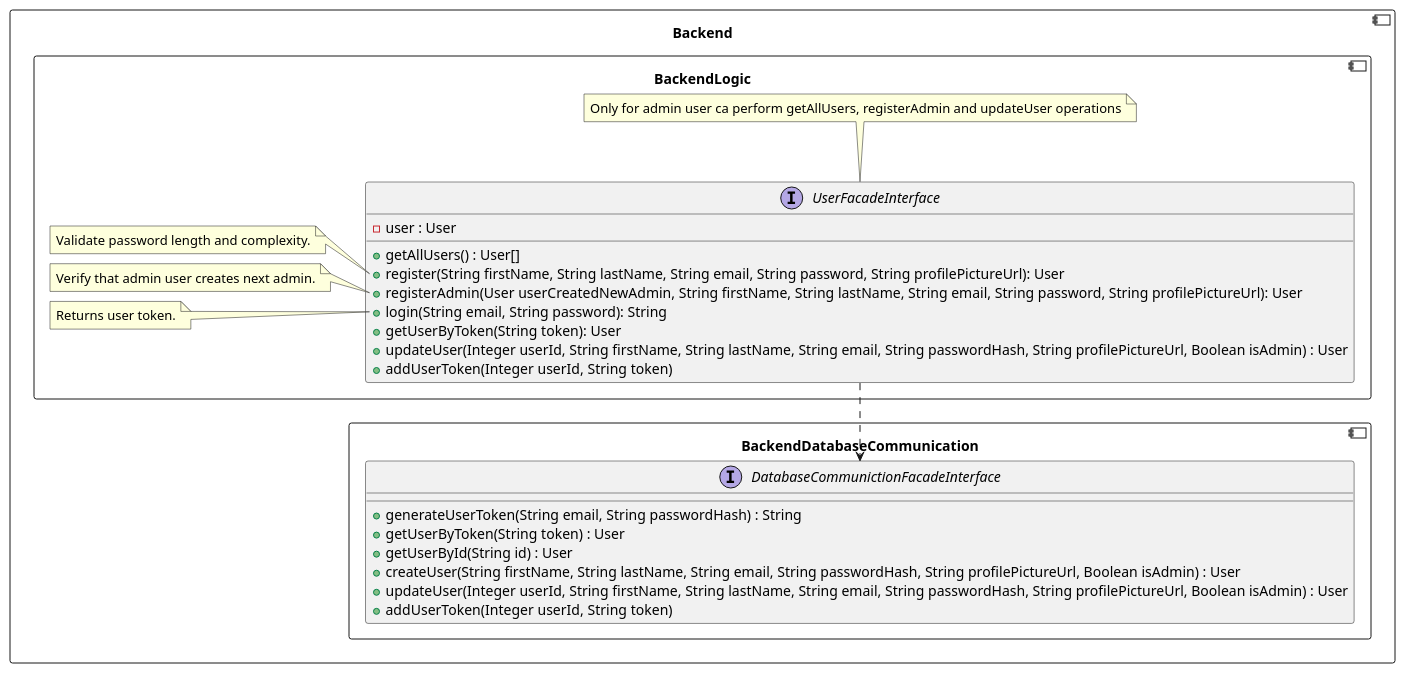
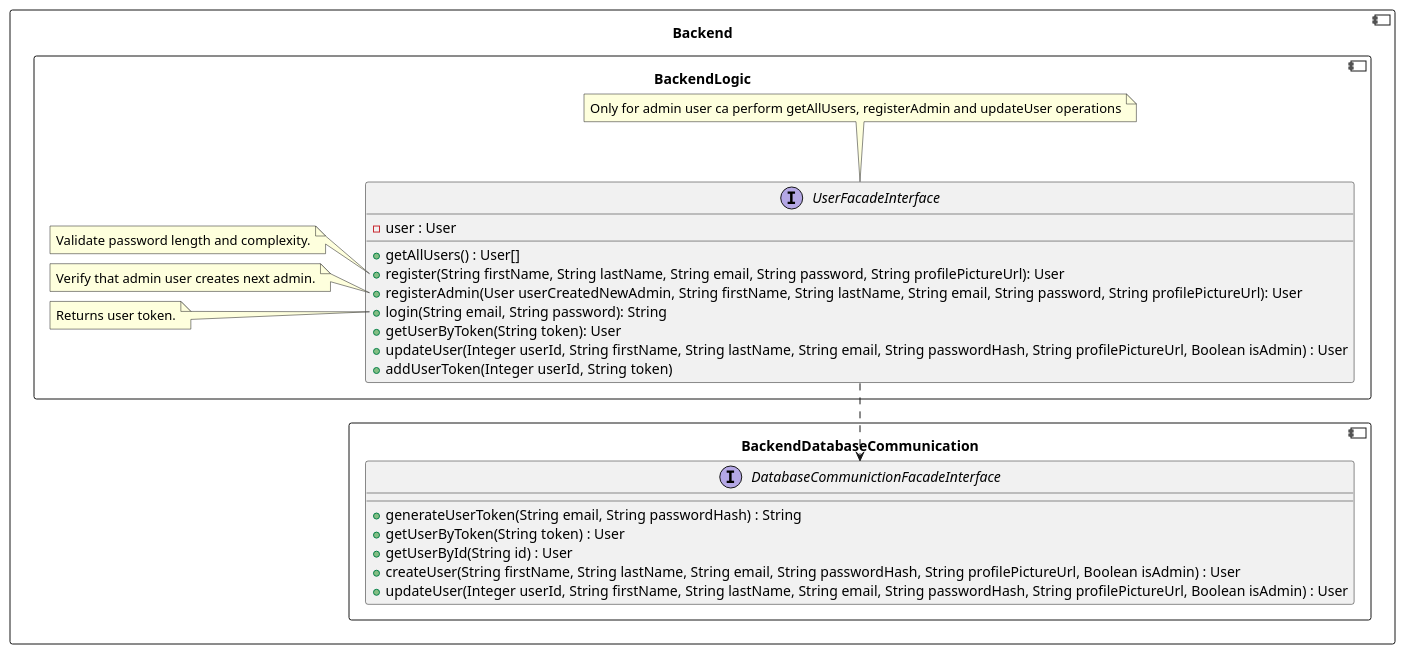
Before and after one commit to RadekBucki/OpinionCollectorArchitecture: the second of 5 diagrams in backend/BackendLogic.md, drawn with PlantUML. The commit also changed 1 other file, not shown here.

Commit message:
Typo in database fix
Database bug fix

````diff
--- a/backend/BackendLogic.md
+++ b/backend/BackendLogic.md
@@ -27,47 +27,46 @@
 ```plantuml
 @startuml
 component Backend {
     component BackendDatabaseCommunication {
         interface DatabaseCommunictionFacadeInterface {
             + generateUserToken(String email, String passwordHash) : String
             + getUserByToken(String token) : User
             + getUserById(String id) : User
             + createUser(String firstName, String lastName, String email, String passwordHash, String profilePictureUrl, Boolean isAdmin) : User
             + updateUser(Integer userId, String firstName, String lastName, String email, String passwordHash, String profilePictureUrl, Boolean isAdmin) : User
-            + addUserToken(Integer userId, String token)
         }
     }
     
     component BackendLogic {
         UserFacadeInterface  ..> DatabaseCommunictionFacadeInterface
         
         interface UserFacadeInterface {
             - user : User
             + getAllUsers() : User[]
             + register(String firstName, String lastName, String email, String password, String profilePictureUrl): User
             + registerAdmin(User userCreatedNewAdmin, String firstName, String lastName, String email, String password, String profilePictureUrl): User
             + login(String email, String password): String
             + getUserByToken(String token): User
             + updateUser(Integer userId, String firstName, String lastName, String email, String passwordHash, String profilePictureUrl, Boolean isAdmin) : User
             + addUserToken(Integer userId, String token)
         }
     
         note top of UserFacadeInterface
             Only for admin user ca perform getAllUsers, registerAdmin and updateUser operations
         endnote
     
         note left of UserFacadeInterface::register
             Validate password length and complexity.
         endnote
     
         note left of UserFacadeInterface::registerAdmin
             Verify that admin user creates next admin.
         endnote
     
         note left of UserFacadeInterface::login
             Returns user token.
         endnote
     }
 }
 @enduml 
 ```
````
